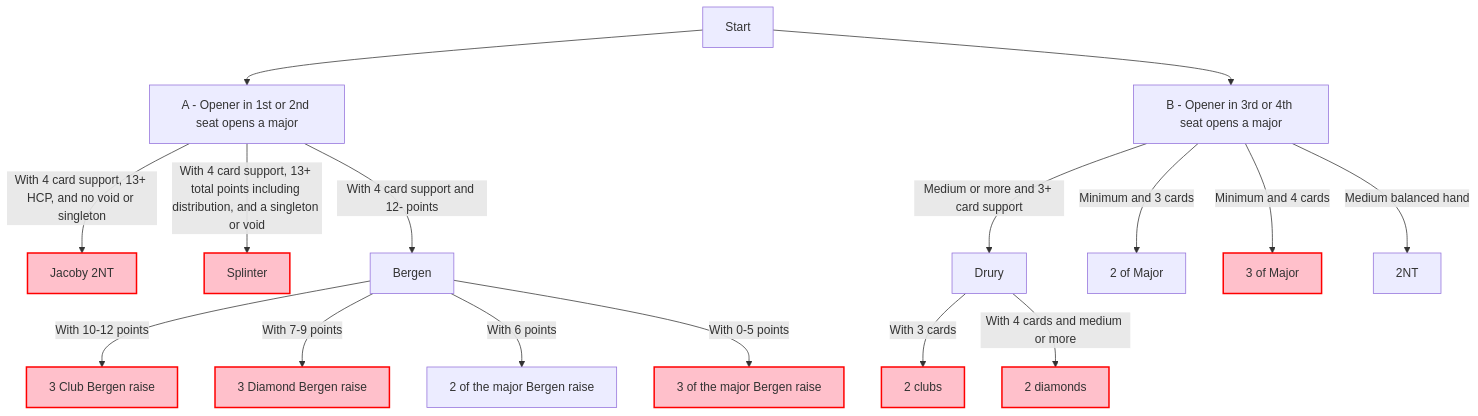
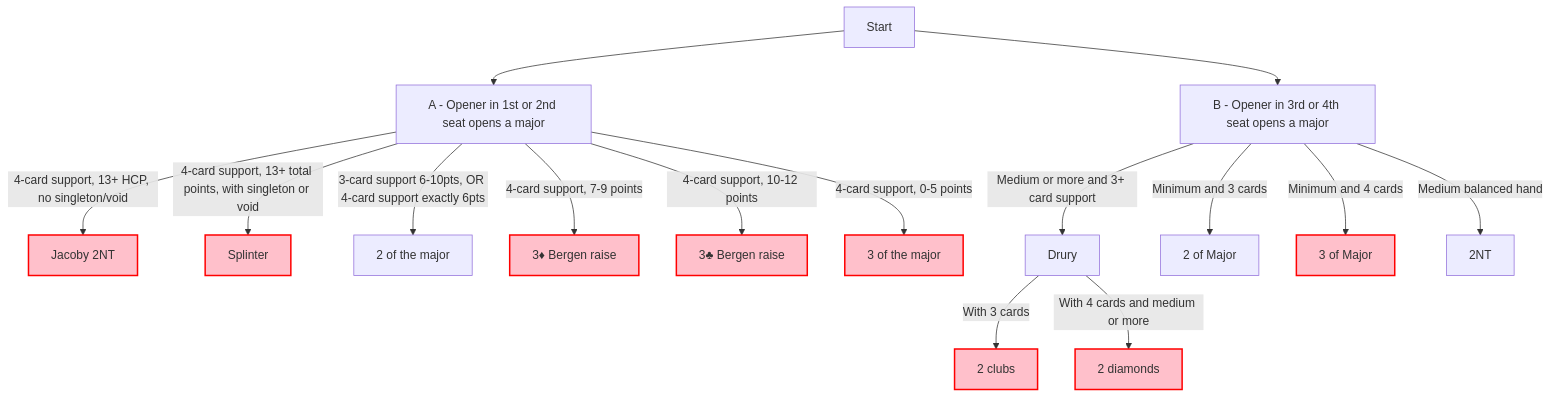
Before and after one commit to stephen-vakil/BridgeConventions: the diagram in MajorRaises.md, drawn with Mermaid. The commit also changed other lines of this file and 9 other files, not shown here.

````diff
--- a/MajorRaises.md
+++ b/MajorRaises.md
@@ -37,24 +17,22 @@
 ```mermaid
 
 graph TD
     A[Start] -->B1[A - Opener in 1st or 2nd seat opens a major]
     A[Start] -->3rdseat[B - Opener in 3rd or 4th seat opens a major]
 
-    B1 -->|With 4 card support, 13+ HCP, and no void or singleton| Jacoby[Jacoby 2NT]:::alerted
-    B1 -->|With 4 card support, 13+ total points including distribution, and a singleton or void| Splinter[Splinter]:::alerted
-    B1 -->|With 4 card support and 12- points| Bergen[Bergen]
-
-    Bergen -->|With 10-12 points| D1[3 Club Bergen raise]:::alerted
-    Bergen -->|With 7-9 points| D2[3 Diamond Bergen raise]:::alerted
-    Bergen -->|With 6 points| D3[2 of the major Bergen raise]
-    Bergen -->|With 0-5 points| D4[3 of the major Bergen raise]:::alerted
+    B1 -->|"4-card support, 13+ HCP, no singleton/void"| Jacoby[Jacoby 2NT]:::alerted
+    B1 -->|"4-card support, 13+ total points, with singleton or void"| Splinter[Splinter]:::alerted
+    B1 -->|"3-card support 6-10pts, OR 4-card support exactly 6pts"| D3[2 of the major]
+    B1 -->|"4-card support, 7-9 points"| D2[3♦ Bergen raise]:::alerted
+    B1 -->|"4-card support, 10-12 points"| D1[3♣ Bergen raise]:::alerted
+    B1 -->|"4-card support, 0-5 points"| D4[3 of the major]:::alerted
 
     3rdseat -->|Medium or more and 3+ card support| Drury[Drury]
     Drury -->|With 3 cards| E1[2 clubs]:::alerted
     Drury -->|With 4 cards and medium or more| E2[2 diamonds]:::alerted
     3rdseat -->|Minimum and 3 cards| E3[2 of Major]
     3rdseat -->|Minimum and 4 cards| E4[3 of Major]:::alerted
     3rdseat -->|Medium balanced hand| E5[2NT]
 
     classDef alerted fill:#FFC0CB,stroke:#ff0000,stroke-width:2px;
 ```
````
